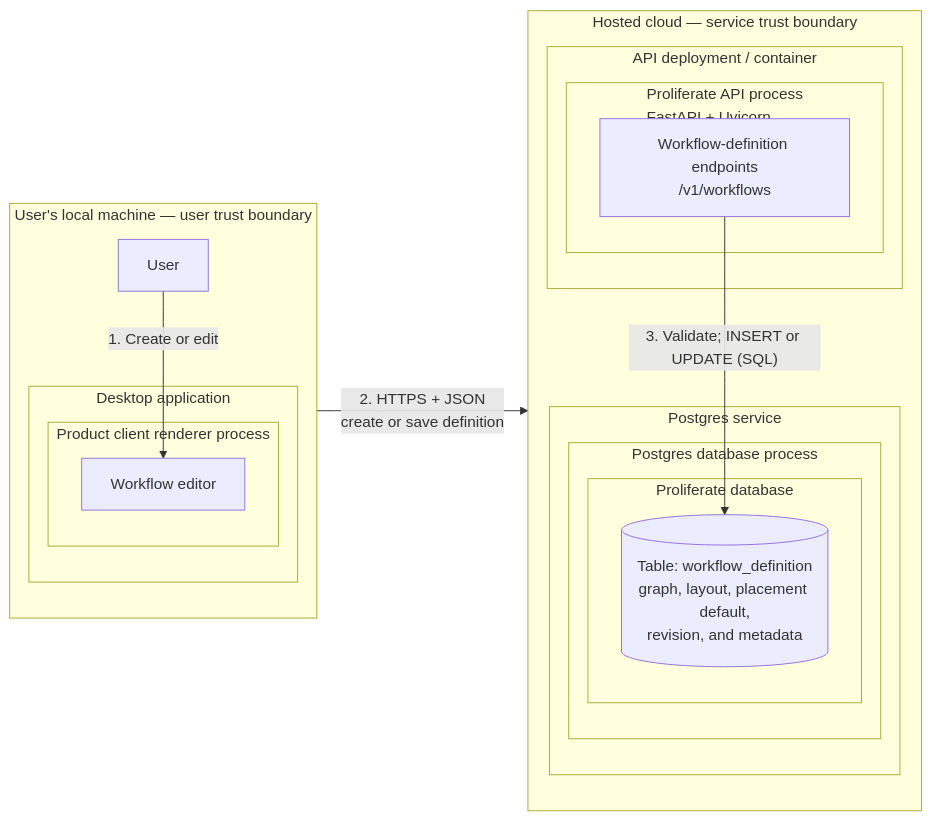
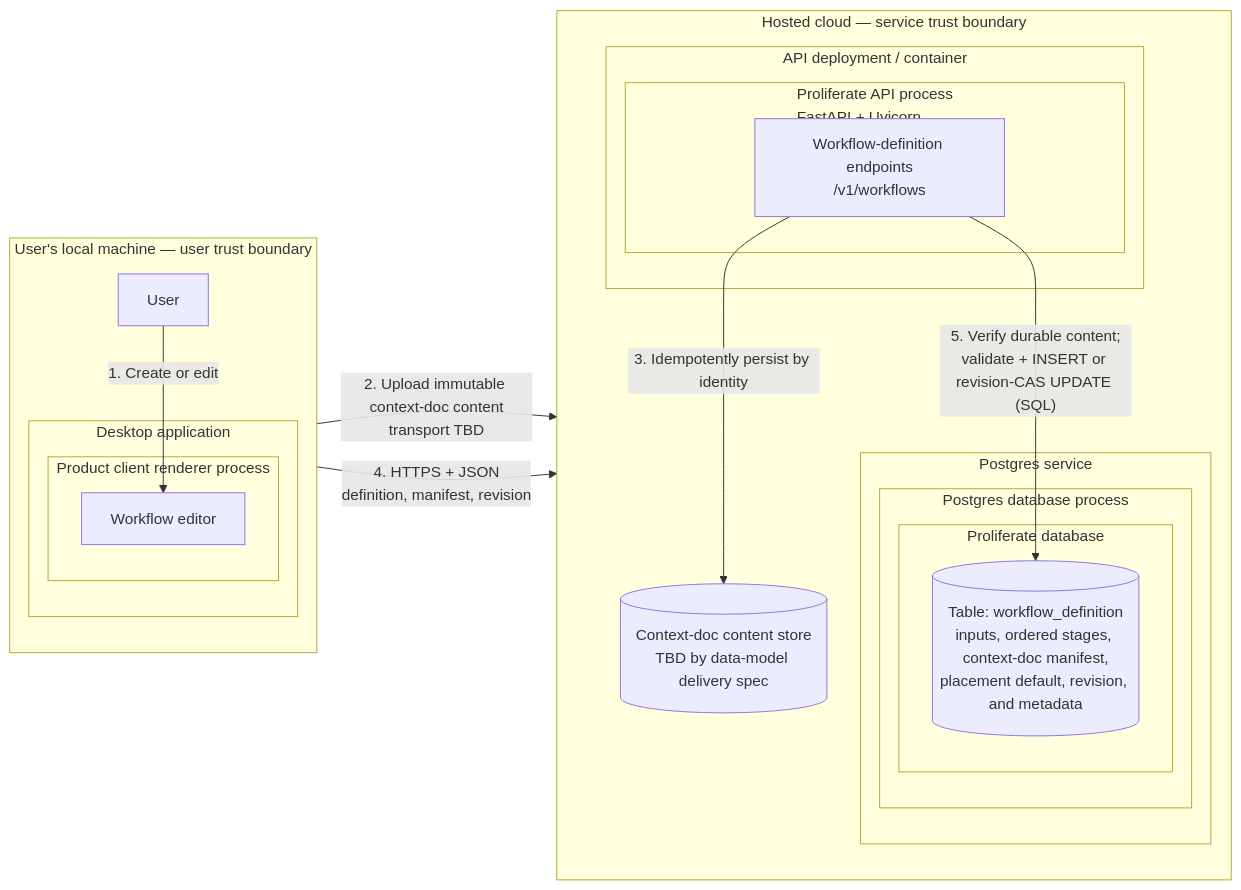
Before and after one commit to proliferate-ai/proliferate: the first of 2 diagrams in adrs/2026-08-07-workflows-v1-launch.md, drawn with Mermaid. The commit also changed other lines of this file, not shown here.

Commit message:
docs(adrs): address comments in PR (https://github.com/proliferate-ai/proliferate/pull/1723)

````diff
--- a/adrs/2026-08-07-workflows-v1-launch.md
+++ b/adrs/2026-08-07-workflows-v1-launch.md
@@ -428,35 +514,39 @@
 ```mermaid
 flowchart LR
     subgraph local["User's local machine — user trust boundary"]
         direction TB
         user["User"]
 
         subgraph desktop["Desktop application"]
             subgraph renderer["Product client renderer process"]
                 editor["Workflow editor"]
             end
         end
     end
 
     subgraph hosted["Hosted cloud — service trust boundary"]
         direction TB
 
         subgraph api_container["API deployment / container"]
             subgraph api_process["Proliferate API process<br/>FastAPI + Uvicorn"]
                 definition_endpoint["Workflow-definition endpoints<br/>/v1/workflows"]
             end
         end
 
         subgraph postgres_service["Postgres service"]
             subgraph postgres_process["Postgres database process"]
                 subgraph database["Proliferate database"]
-                    definitions[("Table: workflow_definition<br/>graph, layout, placement default,<br/>revision, and metadata")]
+                    definitions[("Table: workflow_definition<br/>inputs, ordered stages, context-doc manifest,<br/>placement default, revision, and metadata")]
                 end
             end
         end
+
+        context_store[("Context-doc content store<br/>TBD by data-model delivery spec")]
     end
 
     user -->|"1. Create or edit"| editor
-    editor -->|"2. HTTPS + JSON<br/>create or save definition"| definition_endpoint
-    definition_endpoint -->|"3. Validate; INSERT or UPDATE (SQL)"| definitions
+    editor -->|"2. Upload immutable context-doc content<br/>transport TBD"| definition_endpoint
+    definition_endpoint -->|"3. Idempotently persist by identity"| context_store
+    editor -->|"4. HTTPS + JSON<br/>definition, manifest, revision"| definition_endpoint
+    definition_endpoint -->|"5. Verify durable content;<br/>validate + INSERT or revision-CAS UPDATE (SQL)"| definitions
 ```
````
